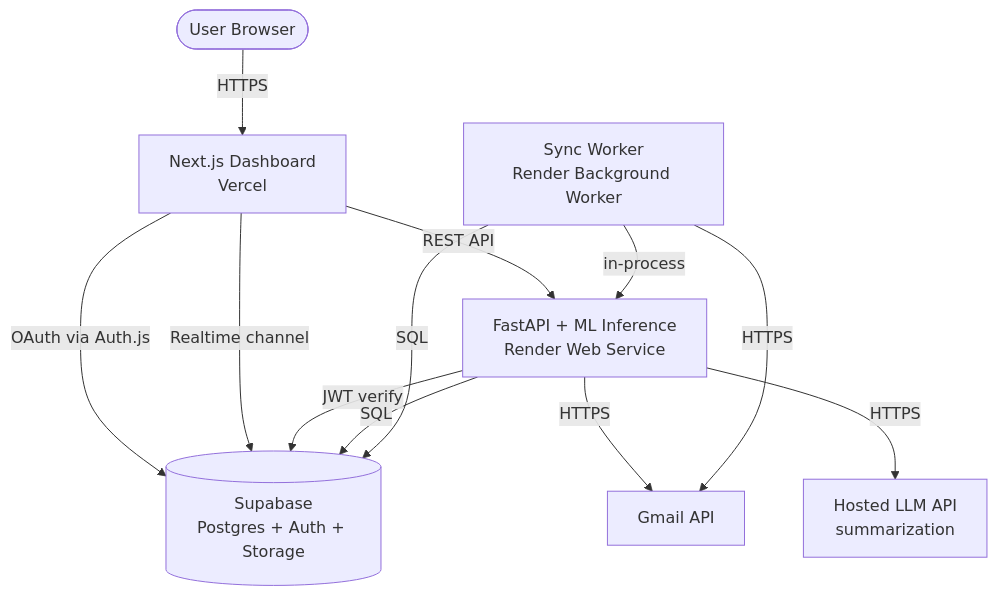
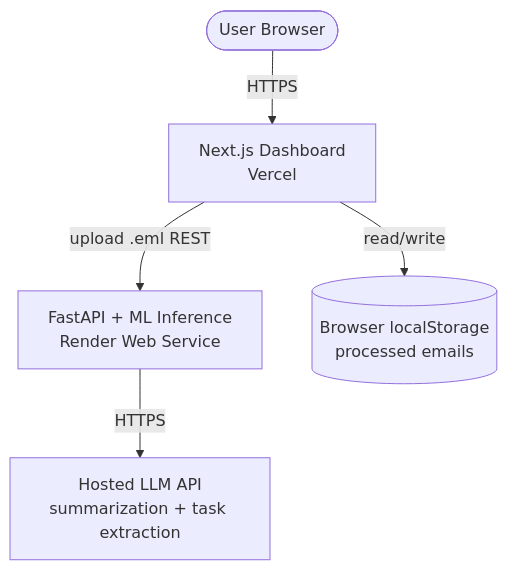
Before and after one commit to PJK-GM095-PIJAK/prior-mail-docs: the diagram in docs/ARCHITECTURE.md, drawn with Mermaid. The commit also changed other lines of this file and 5 other files, not shown here.

Commit message:
fix: changed to gmail to local storage saving and email priority checks.

````diff
--- a/docs/ARCHITECTURE.md
+++ b/docs/ARCHITECTURE.md
@@ -11,22 +11,13 @@
 ```mermaid
 graph TB
     User([User Browser])
     Vercel[Next.js Dashboard<br/>Vercel]
     Render[FastAPI + ML Inference<br/>Render Web Service]
-    Worker[Sync Worker<br/>Render Background Worker]
-    Supabase[(Supabase<br/>Postgres + Auth + Storage)]
-    Gmail[Gmail API]
-    LLM[Hosted LLM API<br/>summarization]
+    LLM[Hosted LLM API<br/>summarization + task extraction]
+    LS[(Browser localStorage<br/>processed emails)]
 
     User -->|HTTPS| Vercel
-    Vercel -->|OAuth via Auth.js| Supabase
-    Vercel -->|REST API| Render
-    Vercel -->|Realtime channel| Supabase
-    Render -->|JWT verify| Supabase
-    Render -->|SQL| Supabase
-    Render -->|HTTPS| Gmail
+    Vercel -->|upload .eml REST| Render
     Render -->|HTTPS| LLM
-    Worker -->|SQL| Supabase
-    Worker -->|HTTPS| Gmail
-    Worker -->|in-process| Render
+    Vercel -->|read/write| LS
 ```
````
